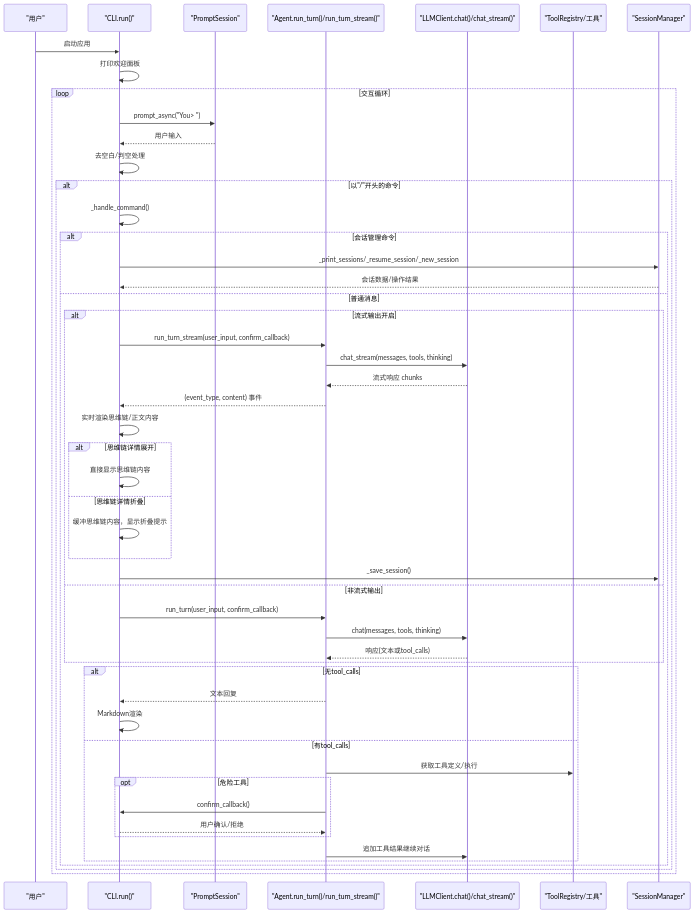
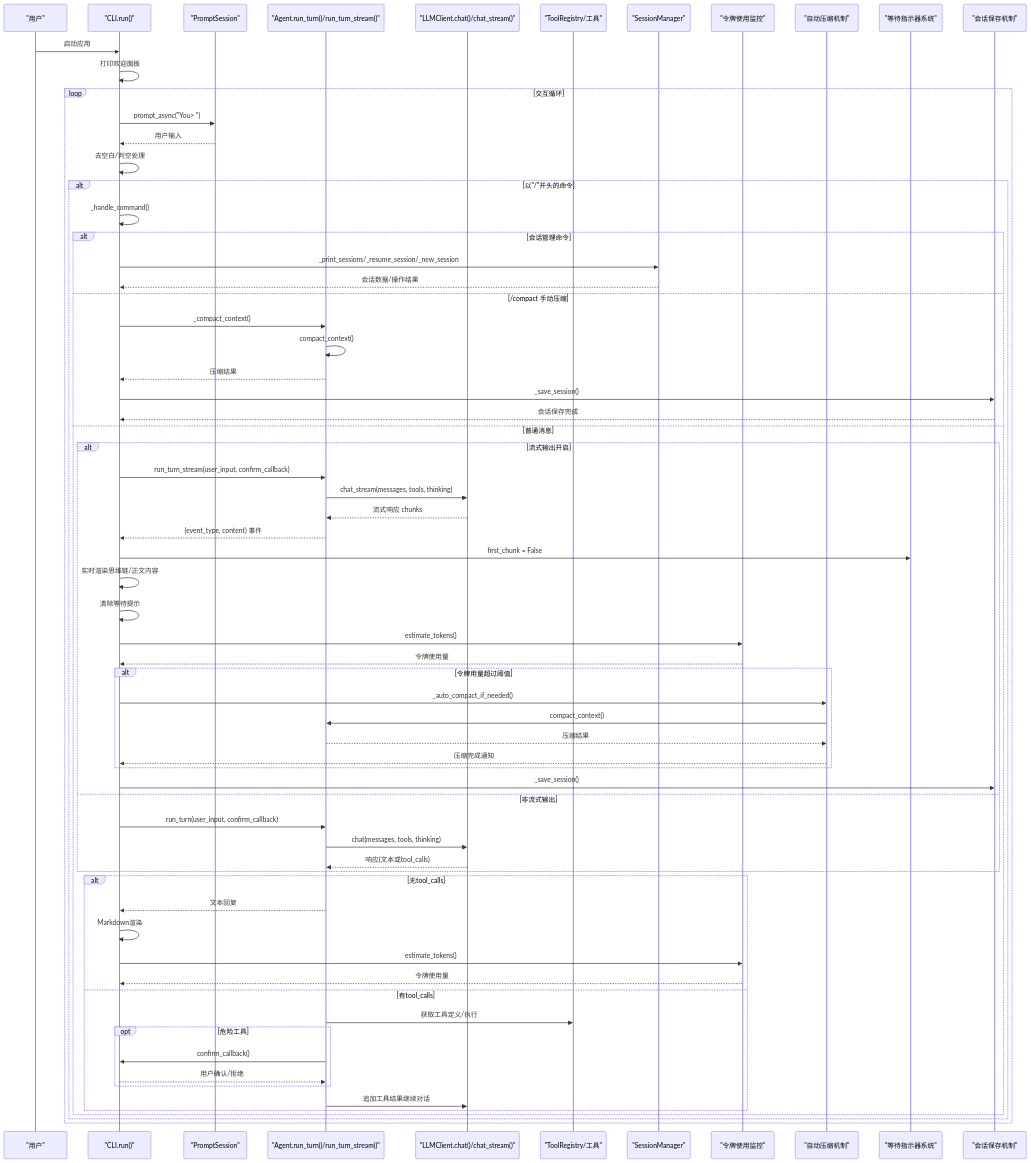
One commit to 250shiwo/MySmallAgent changed the second of 3 diagrams in .qoder/repowiki/zh/content/核心模块详解/CLI 交互层.md. Above: the diagram before and after it, drawn with Mermaid. The commit also changed other lines of this file and 41 other files, not shown here.

````diff
--- a/.qoder/repowiki/zh/content/核心模块详解/CLI 交互层.md
+++ b/.qoder/repowiki/zh/content/核心模块详解/CLI 交互层.md
@@ -146,53 +177,70 @@
 ```mermaid
 sequenceDiagram
 participant User as "用户"
 participant CLI as "CLI.run()"
 participant Session as "PromptSession"
 participant Agent as "Agent.run_turn()/run_turn_stream()"
 participant LLM as "LLMClient.chat()/chat_stream()"
 participant Tools as "ToolRegistry/工具"
 participant SessionManager as "SessionManager"
+participant TokenMonitor as "令牌使用监控"
+participant AutoCompact as "自动压缩机制"
+participant WaitingIndicator as "等待指示器系统"
+participant SaveSession as "会话保存机制"
 User->>CLI : 启动应用
 CLI->>CLI : 打印欢迎面板
 loop 交互循环
 CLI->>Session : prompt_async("You> ")
 Session-->>CLI : 用户输入
 CLI->>CLI : 去空白/判空处理
 alt 以"/"开头的命令
 CLI->>CLI : _handle_command()
 alt 会话管理命令
 CLI->>SessionManager : _print_sessions/_resume_session/_new_session
 SessionManager-->>CLI : 会话数据/操作结果
+else /compact 手动压缩
+CLI->>Agent : _compact_context()
+Agent->>Agent : compact_context()
+Agent-->>CLI : 压缩结果
+CLI->>SaveSession : _save_session()
+SaveSession-->>CLI : 会话保存完成
 else 普通消息
 alt 流式输出开启
 CLI->>Agent : run_turn_stream(user_input, confirm_callback)
 Agent->>LLM : chat_stream(messages, tools, thinking)
 LLM-->>Agent : 流式响应 chunks
 Agent-->>CLI : (event_type, content) 事件
+CLI->>WaitingIndicator : first_chunk = False
 CLI->>CLI : 实时渲染思维链/正文内容
-alt 思维链详情展开
-CLI->>CLI : 直接显示思维链内容
-else 思维链详情折叠
-CLI->>CLI : 缓冲思维链内容，显示折叠提示
+CLI->>CLI : 清除等待提示
+CLI->>TokenMonitor : estimate_tokens()
+TokenMonitor-->>CLI : 令牌使用量
+alt 令牌用量超过阈值
+CLI->>AutoCompact : _auto_compact_if_needed()
+AutoCompact->>Agent : compact_context()
+Agent-->>AutoCompact : 压缩结果
+AutoCompact-->>CLI : 压缩完成通知
 end
-CLI->>SessionManager : _save_session()
+CLI->>SaveSession : _save_session()
 else 非流式输出
 CLI->>Agent : run_turn(user_input, confirm_callback)
 Agent->>LLM : chat(messages, tools, thinking)
 LLM-->>Agent : 响应(文本或tool_calls)
 end
 alt 无tool_calls
 Agent-->>CLI : 文本回复
 CLI->>CLI : Markdown渲染
+CLI->>TokenMonitor : estimate_tokens()
+TokenMonitor-->>CLI : 令牌使用量
 else 有tool_calls
 Agent->>Tools : 获取工具定义/执行
 opt 危险工具
 Agent->>CLI : confirm_callback()
 CLI-->>Agent : 用户确认/拒绝
 end
 Agent->>LLM : 追加工具结果继续对话
 end
 end
 end
 end
 ```
````
